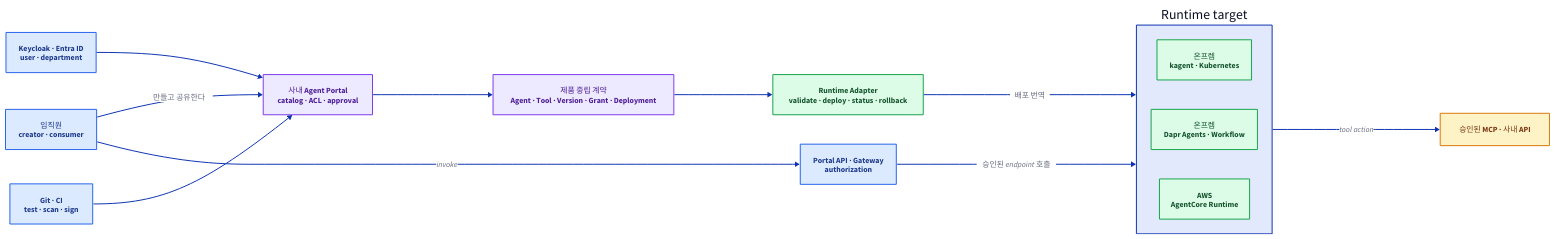
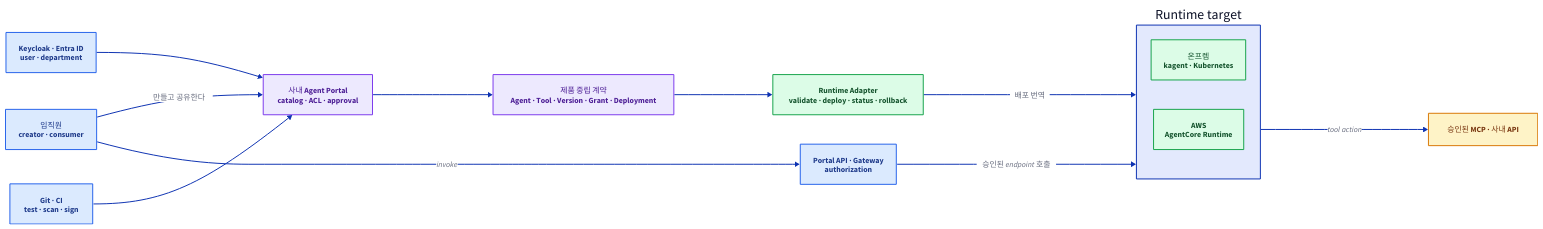
One commit to mechurak/study-starlight changed the diagram in src/content/docs/agent-platform/index.mdx. Above: the diagram before and after it, drawn with D2. The commit also changed other lines of this file and 15 other files, not shown here.

````diff
--- a/src/content/docs/agent-platform/index.mdx
+++ b/src/content/docs/agent-platform/index.mdx
@@ -23,61 +24,60 @@
-```d2 layout=elk pad=40 title="임직원의 배포 흐름은 portal과 제품 중립 계약을 거쳐 adapter가 세 runtime에 번역하고, 요청 흐름은 gateway의 authorization을 거쳐 runtime과 승인된 tool에 닿는 전체 구조"
+```d2 layout=elk pad=40 title="임직원의 배포 흐름은 portal과 제품 중립 계약을 거쳐 adapter가 두 runtime에 번역하고, 요청 흐름은 gateway의 authorization을 거쳐 runtime과 승인된 tool에 닿는 전체 구조"
 direction: right
 
 classes: {
   key: {
     style: {
       fill: "#dbeafe"
       stroke: "#2563eb"
       font-color: "#1e3a8a"
     }
   }
   zone: {
     style: {
       fill: "#ede9fe"
       stroke: "#7c3aed"
       font-color: "#4c1d95"
     }
   }
   ok: {
     style: {
       fill: "#dcfce7"
       stroke: "#16a34a"
       font-color: "#14532d"
     }
   }
   warn: {
     style: {
       fill: "#fef3c7"
       stroke: "#d97706"
       font-color: "#78350f"
     }
   }
 }
 
 user: "임직원\ncreator · consumer" { class: key }
 idp: "Keycloak · Entra ID\nuser · department" { class: key }
 git: "Git · CI\ntest · scan · sign" { class: key }
 portal: "사내 Agent Portal\ncatalog · ACL · approval" { class: zone }
 core: "제품 중립 계약\nAgent · Tool · Version · Grant · Deployment" { class: zone }
 adapter: "Runtime Adapter\nvalidate · deploy · status · rollback" { class: ok }
 gw: "Portal API · Gateway\nauthorization" { class: key }
 
 runtimes: "Runtime target" {
   kag: "온프렘\nkagent · Kubernetes" { class: ok }
-  dapr: "온프렘\nDapr Agents · Workflow" { class: ok }
   aws: "AWS\nAgentCore Runtime" { class: ok }
 }
 
 tool: "승인된 MCP · 사내 API" { class: warn }
 
 user -> portal: "만들고 공유한다"
 idp -> portal
 git -> portal
 portal -> core
 core -> adapter
 adapter -> runtimes: "배포 번역"
 
 user -> gw: "invoke"
 gw -> runtimes: "승인된 endpoint 호출"
 runtimes -> tool: "tool action"
 ```
````
